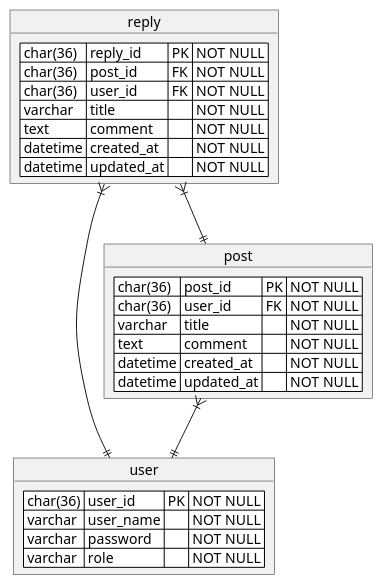
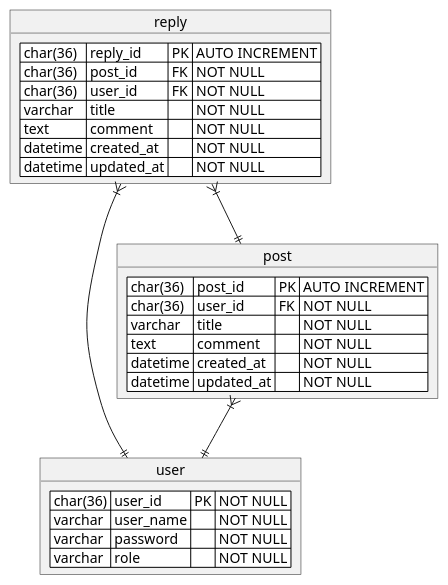
The diagram in database/erd.puml (vol4-Team22/Docs), drawn with PlantUML before and after one commit. The commit also changed 1 other file, not shown here.

```diff
--- a/database/erd.puml
+++ b/database/erd.puml
@@ -1,35 +1,35 @@
 @startuml
 
 object user {
 <#white>| char(36) | user_id | PK | NOT NULL |
 <#white>| varchar | user_name | | NOT NULL |
 <#white>| varchar | password |  | NOT NULL |
 <#white>| varchar | role |  | NOT NULL |
 }
 
 object post {
-<#white>| char(36) | post_id | PK | NOT NULL |
+<#white>| char(36) | post_id | PK | AUTO INCREMENT |
 <#white>| char(36) | user_id | FK | NOT NULL |
 <#white>| varchar | title |  | NOT NULL |
 <#white>| text | comment |  | NOT NULL |
 <#white>| datetime | created_at |  | NOT NULL |
 <#white>| datetime | updated_at |  | NOT NULL |
 }
 
 object reply {
-<#white>| char(36) | reply_id | PK | NOT NULL |
+<#white>| char(36) | reply_id | PK | AUTO INCREMENT |
 <#white>| char(36) | post_id | FK | NOT NULL |
 <#white>| char(36) | user_id | FK | NOT NULL |
 <#white>| varchar | title |  | NOT NULL |
 <#white>| text | comment |  | NOT NULL |
 <#white>| datetime | created_at |  | NOT NULL |
 <#white>| datetime | updated_at |  | NOT NULL |
 }
 
 post }|--|| user
 reply }|--|| post
 reply }|--|| user
 
 
 
 @enduml
```
